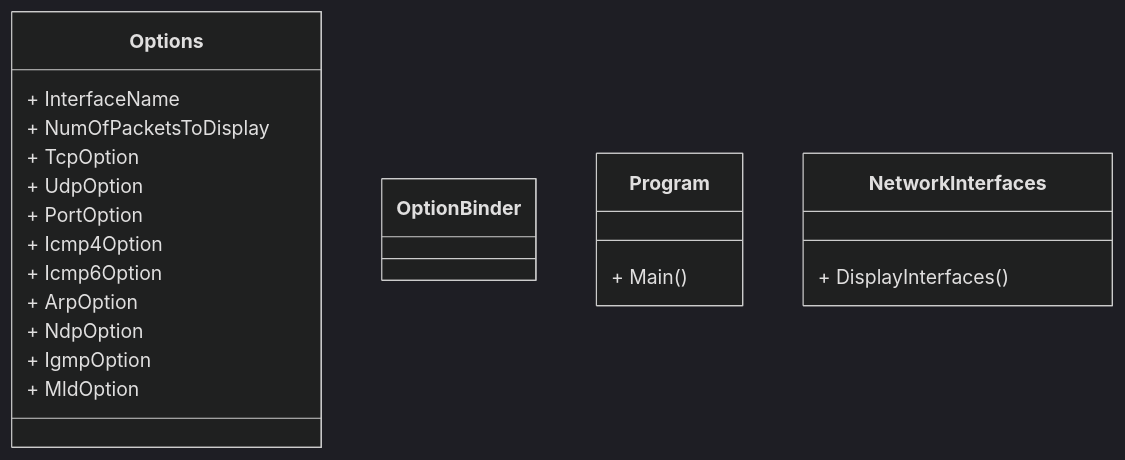
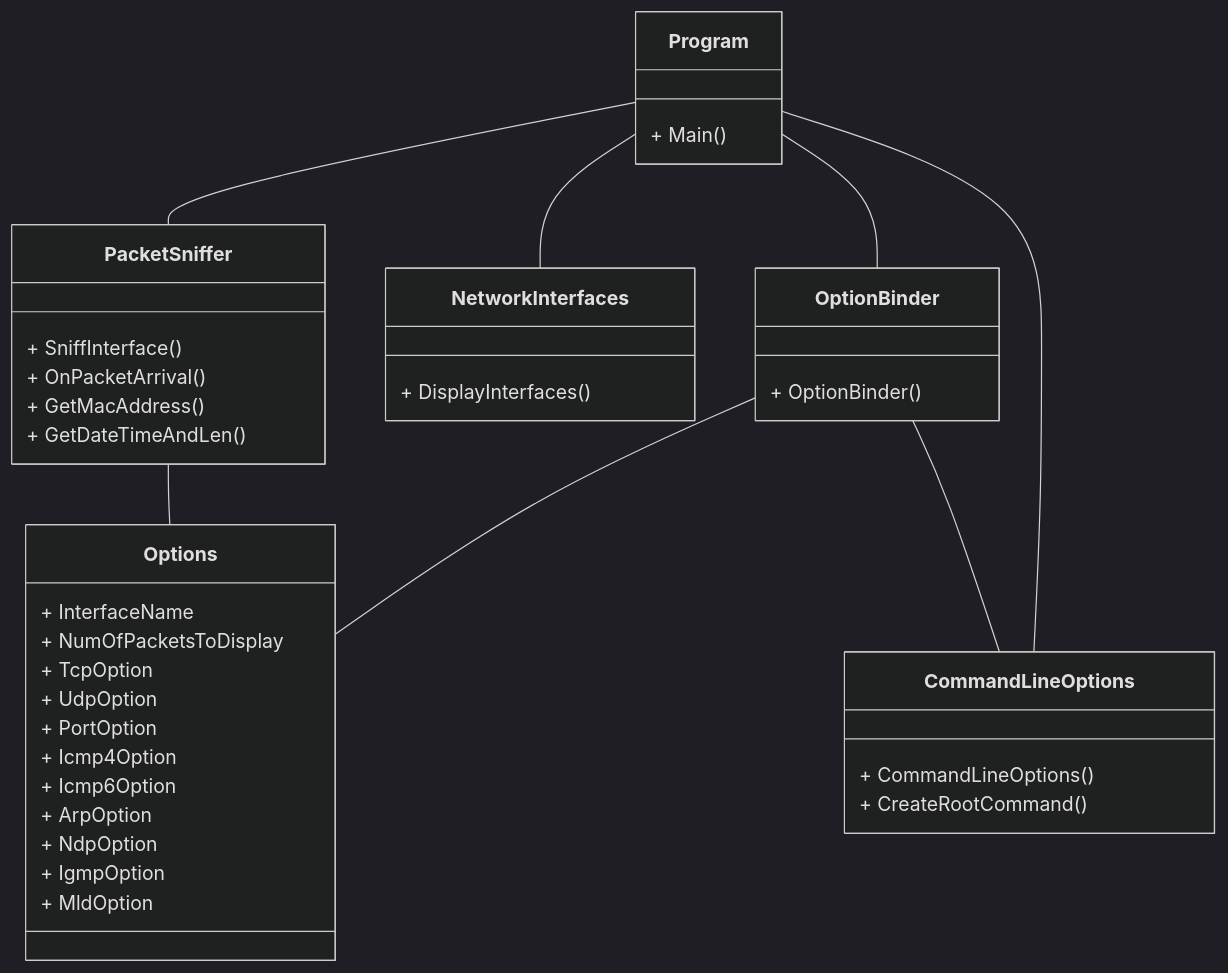
One commit to mariantaragel/ipk-sniffer changed the diagram in README.md. Above: the diagram before and after it, drawn with Mermaid (dark theme).

Commit message:
Aktualizovat „README.md“

````diff
--- a/README.md
+++ b/README.md
@@ -8,20 +8,36 @@
 ```mermaid
 classDiagram
 class Options
 	Options : + InterfaceName
 	Options : + NumOfPacketsToDisplay
 	Options : + TcpOption
 	Options : + UdpOption
 	Options : + PortOption
 	Options : + Icmp4Option
 	Options : + Icmp6Option
 	Options : + ArpOption
 	Options : + NdpOption
 	Options : + IgmpOption
 	Options : + MldOption
 class OptionBinder
+	OptionBinder : + OptionBinder()
+class CommandLineOptions
+	CommandLineOptions : + CommandLineOptions()
+	CommandLineOptions : + CreateRootCommand()
 class Program
     Program : + Main()
 class NetworkInterfaces
 	NetworkInterfaces : + DisplayInterfaces()
+class PacketSniffer
+	PacketSniffer : + SniffInterface()
+	PacketSniffer : + OnPacketArrival()
+	PacketSniffer : + GetMacAddress()
+	PacketSniffer : + GetDateTimeAndLen()
+Program -- PacketSniffer
+Program -- NetworkInterfaces
+Program -- CommandLineOptions
+Program -- OptionBinder
+OptionBinder -- CommandLineOptions
+OptionBinder -- Options
+PacketSniffer -- Options
 ```
````
